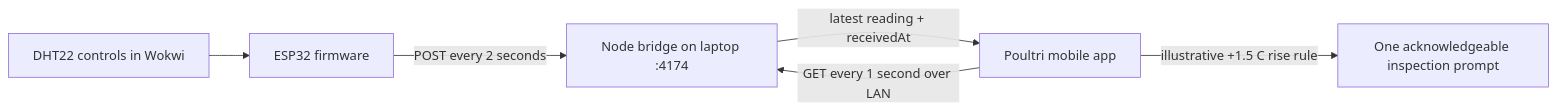
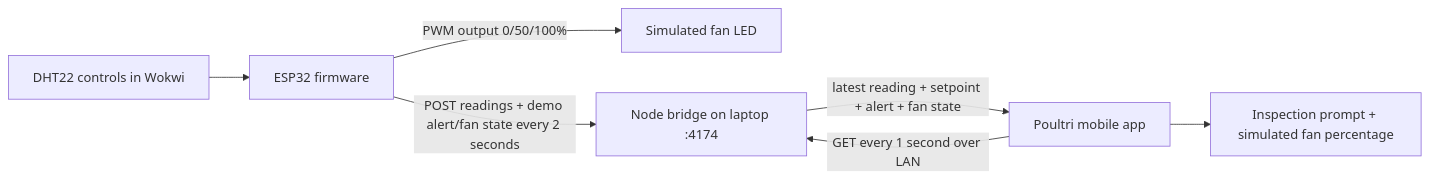
One commit to kyledelfin2006/poultri-app changed the first of 2 diagrams in build-requirements.md. Above: the diagram before and after it, drawn with Mermaid. The commit also changed other lines of this file and 7 other files, not shown here.

Commit message:
Add demo setpoint alerts and simulated fan indicator

````diff
--- a/build-requirements.md
+++ b/build-requirements.md
@@ -7,8 +7,9 @@
 ```mermaid
 flowchart LR
     DHT[DHT22 controls in Wokwi] --> ESP[ESP32 firmware]
-    ESP -->|POST every 2 seconds| Bridge[Node bridge on laptop :4174]
+    ESP -->|PWM output 0/50/100%| LED[Simulated fan LED]
+    ESP -->|POST readings + demo alert/fan state every 2 seconds| Bridge[Node bridge on laptop :4174]
     App[Poultri mobile app] -->|GET every 1 second over LAN| Bridge
-    Bridge -->|latest reading + receivedAt| App
-    App -->|illustrative +1.5 C rise rule| Prompt[One acknowledgeable inspection prompt]
+    Bridge -->|latest reading + setpoint + alert + fan state| App
+    App --> Prompt[Inspection prompt + simulated fan percentage]
 ```
````
